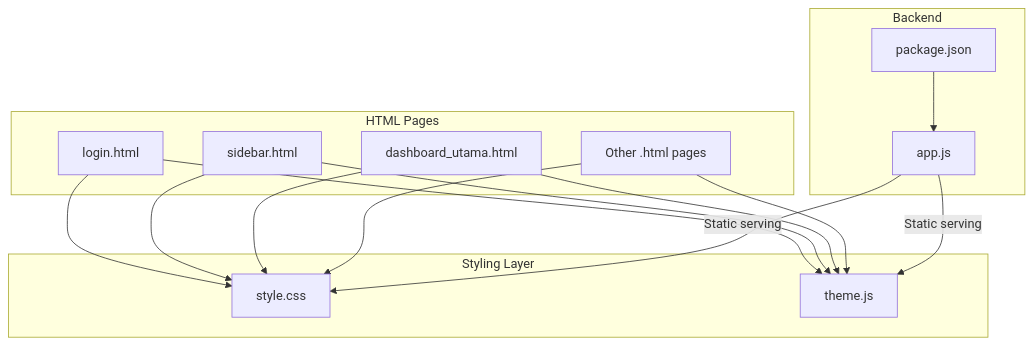
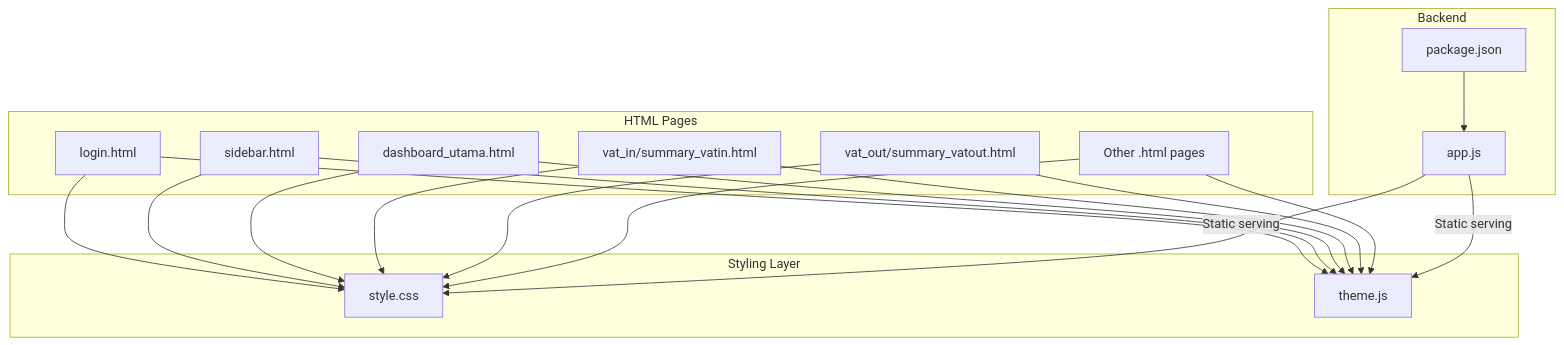
The first of 5 diagrams in .qoder/repowiki/en/content/User Interface & Experience/Theme & Styling.md (rendisiagian/TDS_by_RENDISIAGIAN), drawn with Mermaid before and after one commit. The commit also changed other lines of this file and 6 other files, not shown here.

````diff
--- a/.qoder/repowiki/en/content/User Interface & Experience/Theme & Styling.md
+++ b/.qoder/repowiki/en/content/User Interface & Experience/Theme & Styling.md
@@ -31,28 +39,34 @@
 ```mermaid
 graph TB
 subgraph "HTML Pages"
 L["login.html"]
 S["sidebar.html"]
 Dash["dashboard_utama.html"]
+SummaryVATIn["vat_in/summary_vatin.html"]
+SummaryVATOut["vat_out/summary_vatout.html"]
 Other["Other .html pages"]
 end
 subgraph "Styling Layer"
 CSS["style.css"]
 ThemeJS["theme.js"]
 end
 subgraph "Backend"
 AppJS["app.js"]
 Pkg["package.json"]
 end
 L --> ThemeJS
 S --> ThemeJS
 Dash --> ThemeJS
+SummaryVATIn --> ThemeJS
+SummaryVATOut --> ThemeJS
 Other --> ThemeJS
 L --> CSS
 S --> CSS
 Dash --> CSS
+SummaryVATIn --> CSS
+SummaryVATOut --> CSS
 Other --> CSS
 AppJS --> |"Static serving"| CSS
 AppJS --> |"Static serving"| ThemeJS
 Pkg --> AppJS
 ```
````
